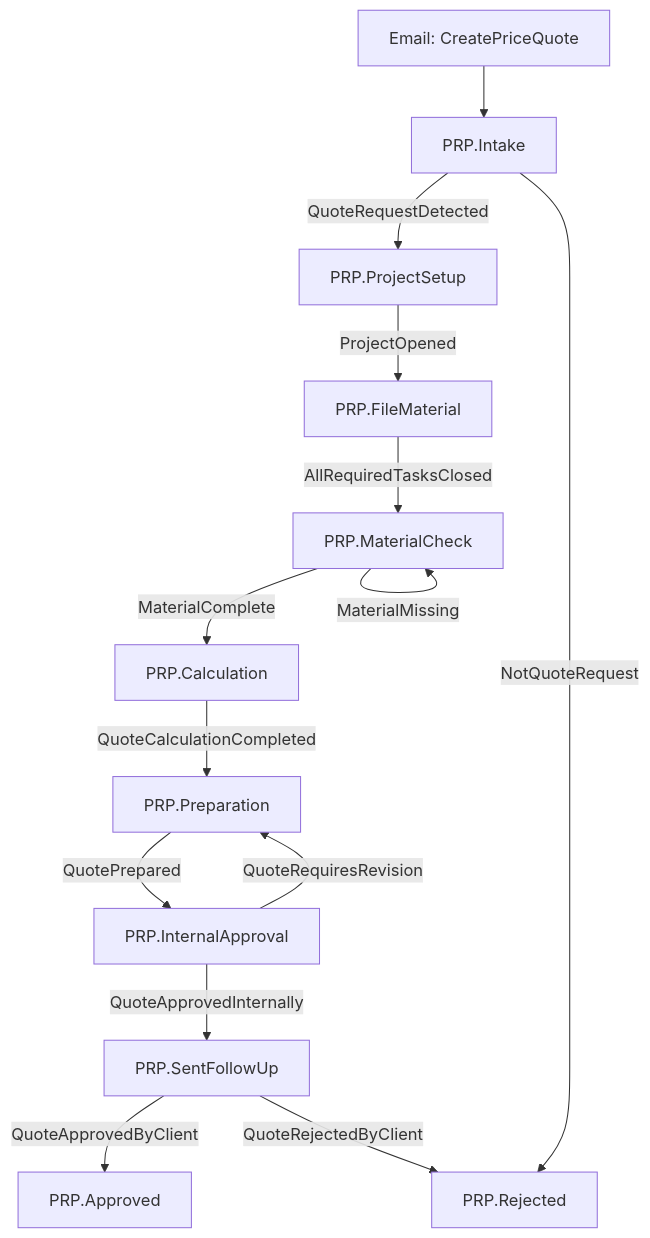
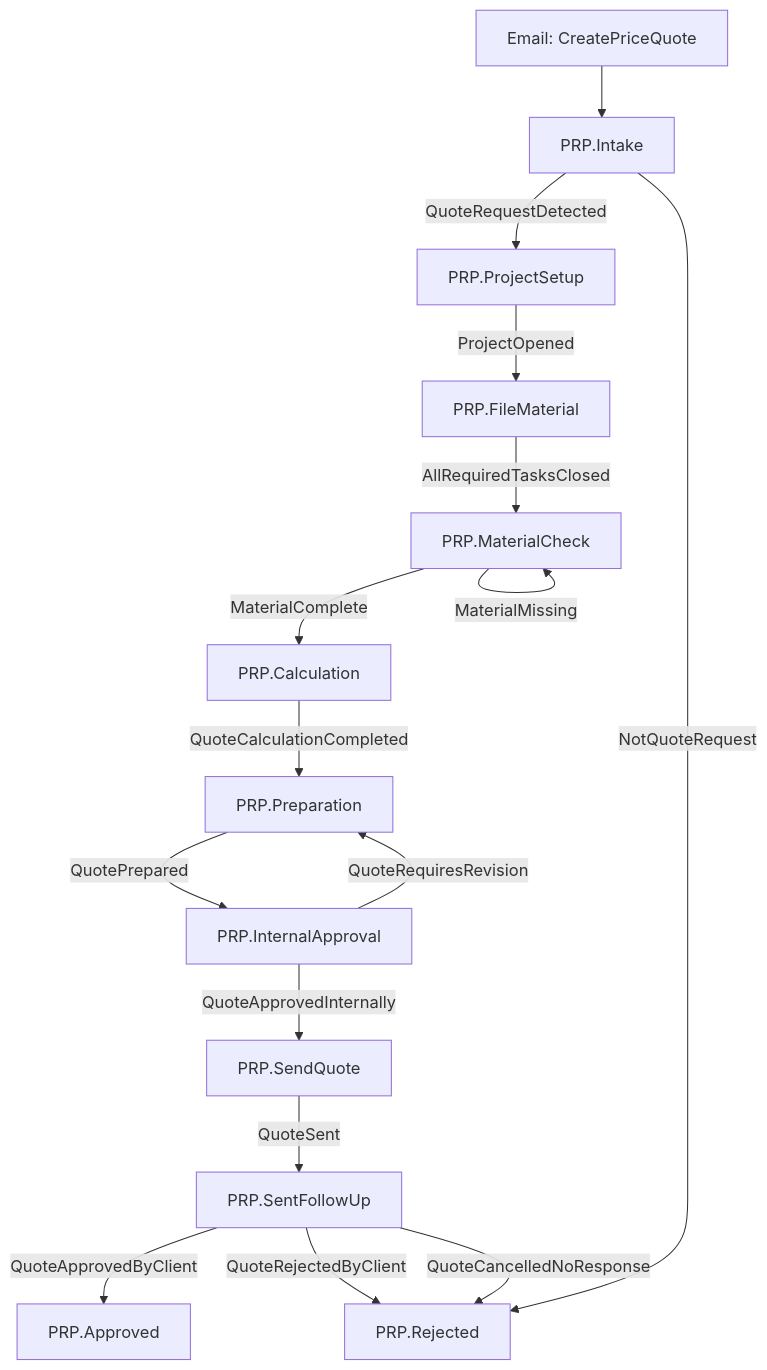
One commit to danny-isr/SiNetProjectManager changed the diagram in docs/manual-tests/PROPOSAL_WORKFLOW_MANUAL_TEST.md. Above: the diagram before and after it, drawn with Mermaid. The commit also changed other lines of this file and 30 other files, not shown here.

First line of the commit message:
feat(proposal): add SendQuote stage and fix soak follow-ups

````diff
--- a/docs/manual-tests/PROPOSAL_WORKFLOW_MANUAL_TEST.md
+++ b/docs/manual-tests/PROPOSAL_WORKFLOW_MANUAL_TEST.md
@@ -22,16 +22,18 @@
 ```mermaid
 flowchart TD
   email["Email: CreatePriceQuote"] --> intake[PRP.Intake]
   intake -->|QuoteRequestDetected| setup[PRP.ProjectSetup]
   intake -->|NotQuoteRequest| rejected[PRP.Rejected]
   setup -->|ProjectOpened| file[PRP.FileMaterial]
   file -->|AllRequiredTasksClosed| matcheck[PRP.MaterialCheck]
   matcheck -->|MaterialComplete| calc[PRP.Calculation]
   matcheck -->|MaterialMissing| matcheck
   calc -->|QuoteCalculationCompleted| prep[PRP.Preparation]
   prep -->|QuotePrepared| approval[PRP.InternalApproval]
-  approval -->|QuoteApprovedInternally| followup[PRP.SentFollowUp]
+  approval -->|QuoteApprovedInternally| send[PRP.SendQuote]
   approval -->|QuoteRequiresRevision| prep
+  send -->|QuoteSent| followup[PRP.SentFollowUp]
   followup -->|QuoteApprovedByClient| approved[PRP.Approved]
   followup -->|QuoteRejectedByClient| rejected
+  followup -->|QuoteCancelledNoResponse| rejected
 ```
````
